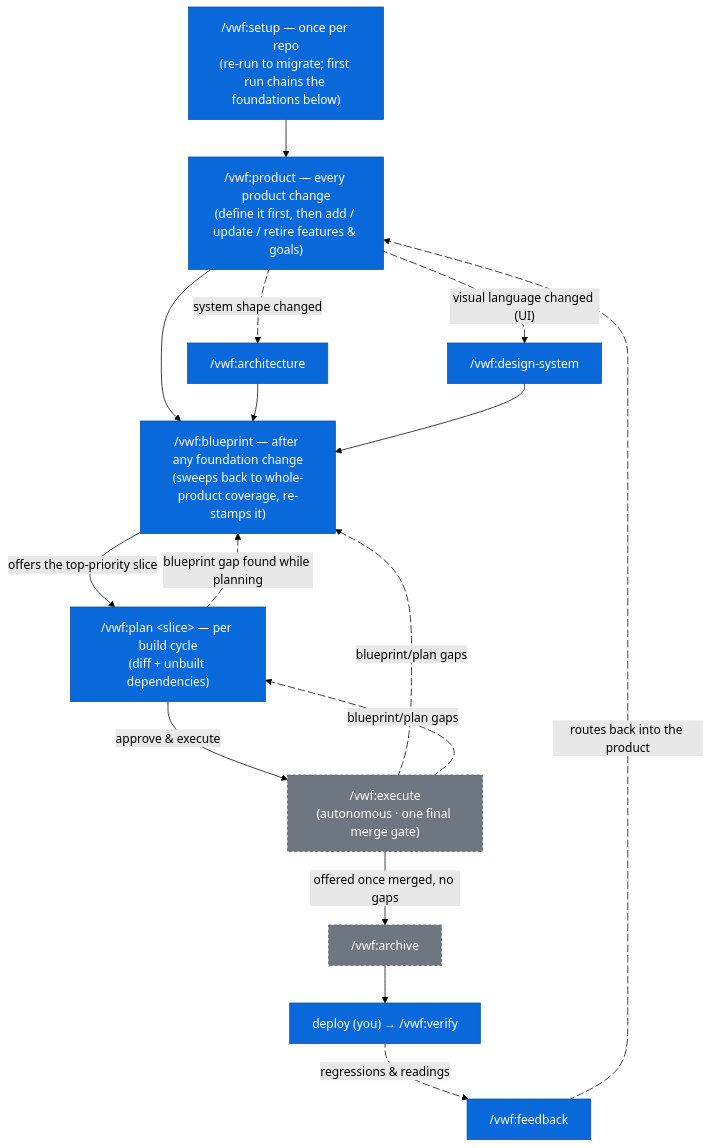
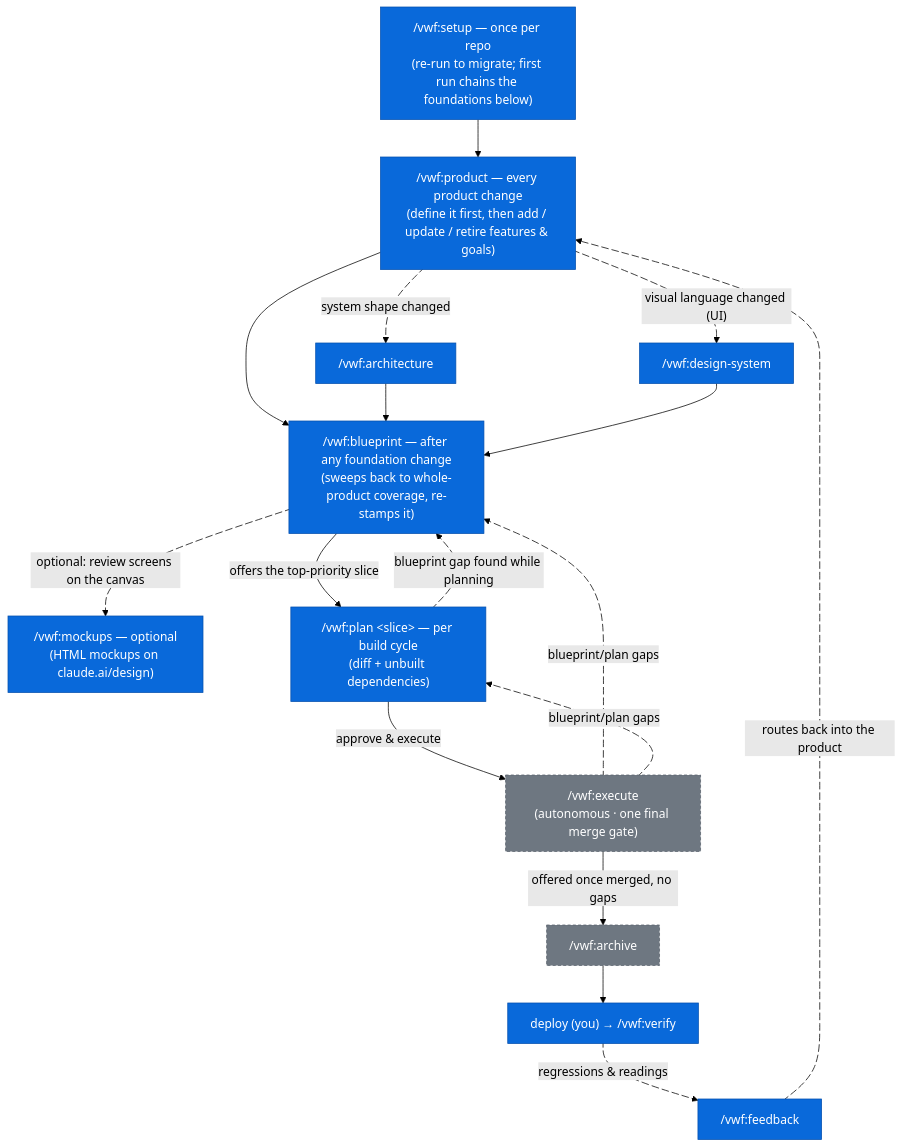
One commit to virajp/ai-plugins changed the first of 2 diagrams in readme.md. Above: the diagram before and after it, drawn with Mermaid (forest theme). The commit also changed other lines of this file and 6 other files, not shown here.

Commit message:
feat(vwf): add /vwf:mockups — push screen mockups to Claude Design

````diff
--- a/readme.md
+++ b/readme.md
@@ -153,28 +153,30 @@
 ```mermaid
 flowchart TD
     S["/vwf:setup — once per repo<br/>(re-run to migrate; first run chains the foundations below)"]:::user
     S --> P["/vwf:product — every product change<br/>(define it first, then add / update / retire features & goals)"]:::user
     P e1@-. "system shape changed" .-> A["/vwf:architecture"]:::user
     P e2@-. "visual language changed (UI)" .-> DS["/vwf:design-system"]:::user
     P --> B["/vwf:blueprint — after any foundation change<br/>(sweeps back to whole-product coverage, re-stamps it)"]:::user
     A --> B
     DS --> B
+    B e8@-. "optional: review screens on the canvas" .-> M["/vwf:mockups — optional<br/>(HTML mockups on claude.ai/design)"]:::user
     B -->|"offers the top-priority slice"| C["/vwf:plan &lt;slice&gt; — per build cycle<br/>(diff + unbuilt dependencies)"]:::user
     C -->|"approve & execute"| D["/vwf:execute<br/>(autonomous · one final merge gate)"]:::chained
     D -->|"offered once merged, no gaps"| E["/vwf:archive"]:::chained
     E --> V["deploy (you) → /vwf:verify"]:::user
     V e3@-. "regressions & readings" .-> FB["/vwf:feedback"]:::user
     FB e4@-. "routes back into the product" .-> P
     D e5@-. "blueprint/plan gaps" .-> B
     D e6@-. "blueprint/plan gaps" .-> C
     C e7@-. "blueprint gap found while planning" .-> B
     e1@{ animate: true }
     e2@{ animate: true }
     e3@{ animate: true }
     e4@{ animate: true }
     e5@{ animate: true }
     e6@{ animate: true }
     e7@{ animate: true }
+    e8@{ animate: true }
     classDef user fill:#0969da,stroke:#0550ae,color:#ffffff
     classDef chained fill:#6e7781,stroke:#57606a,color:#ffffff,stroke-dasharray:4 3
 ```
````
